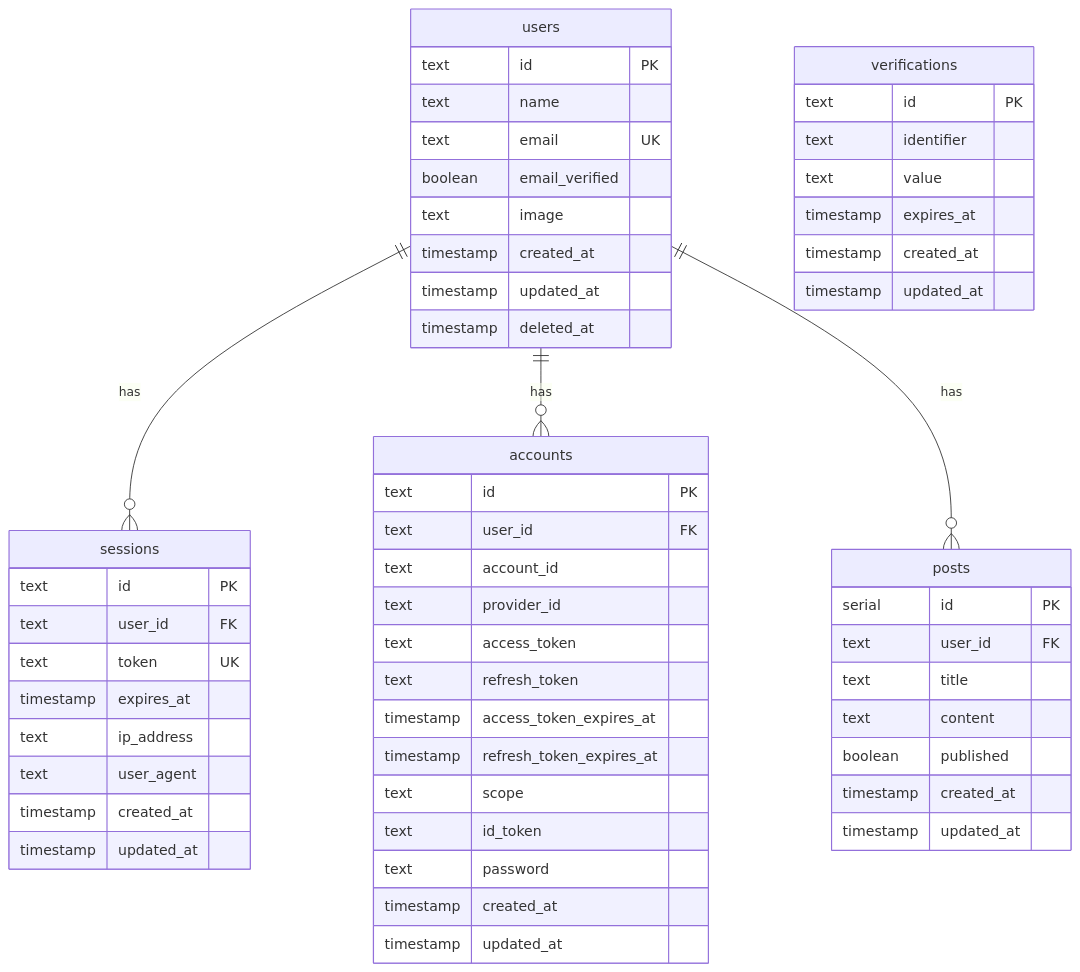
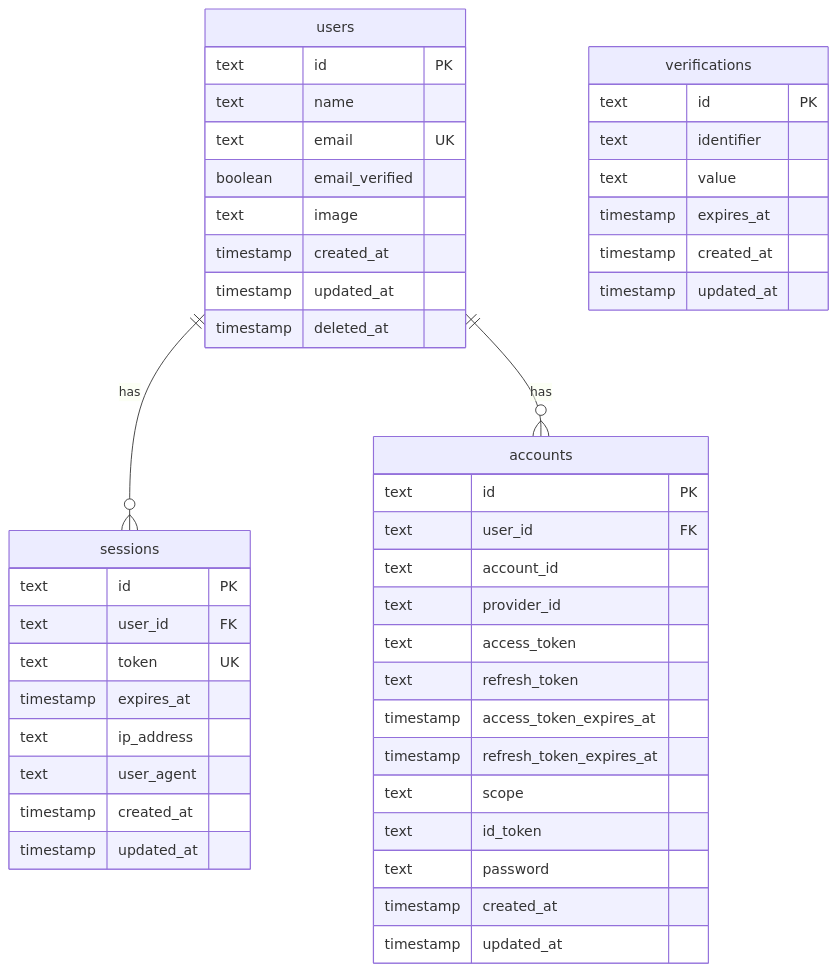
The diagram in docs/03_database-schema.md (hysakhr/better-auth-sample), drawn with Mermaid before and after one commit. The commit also changed other lines of this file and 10 other files, not shown here.

````diff
--- a/docs/03_database-schema.md
+++ b/docs/03_database-schema.md
@@ -193,63 +169,52 @@
 ```mermaid
 erDiagram
     users ||--o{ sessions : "has"
     users ||--o{ accounts : "has"
-    users ||--o{ posts : "has"
 
     users {
         text id PK
         text name
         text email UK
         boolean email_verified
         text image
         timestamp created_at
         timestamp updated_at
         timestamp deleted_at
     }
 
     sessions {
         text id PK
         text user_id FK
         text token UK
         timestamp expires_at
         text ip_address
         text user_agent
         timestamp created_at
         timestamp updated_at
     }
 
     accounts {
         text id PK
         text user_id FK
         text account_id
         text provider_id
         text access_token
         text refresh_token
         timestamp access_token_expires_at
         timestamp refresh_token_expires_at
         text scope
         text id_token
         text password
         timestamp created_at
         timestamp updated_at
     }
 
-    posts {
-        serial id PK
-        text user_id FK
-        text title
-        text content
-        boolean published
-        timestamp created_at
-        timestamp updated_at
-    }
-
     verifications {
         text id PK
         text identifier
         text value
         timestamp expires_at
         timestamp created_at
         timestamp updated_at
     }
 ```
````
